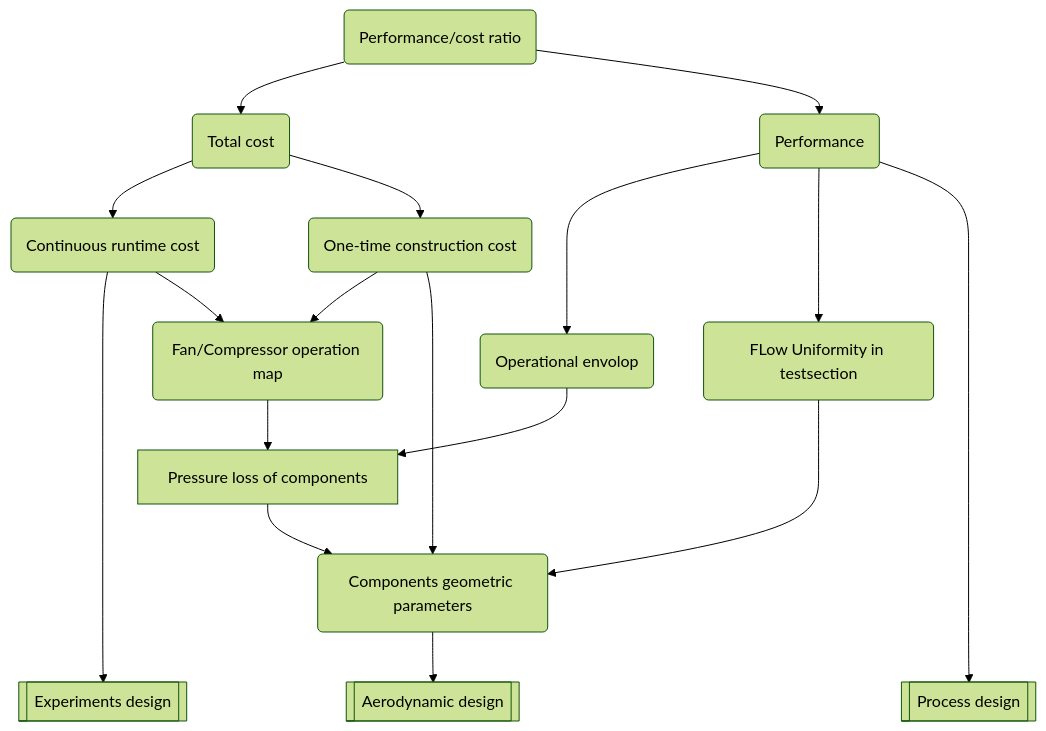
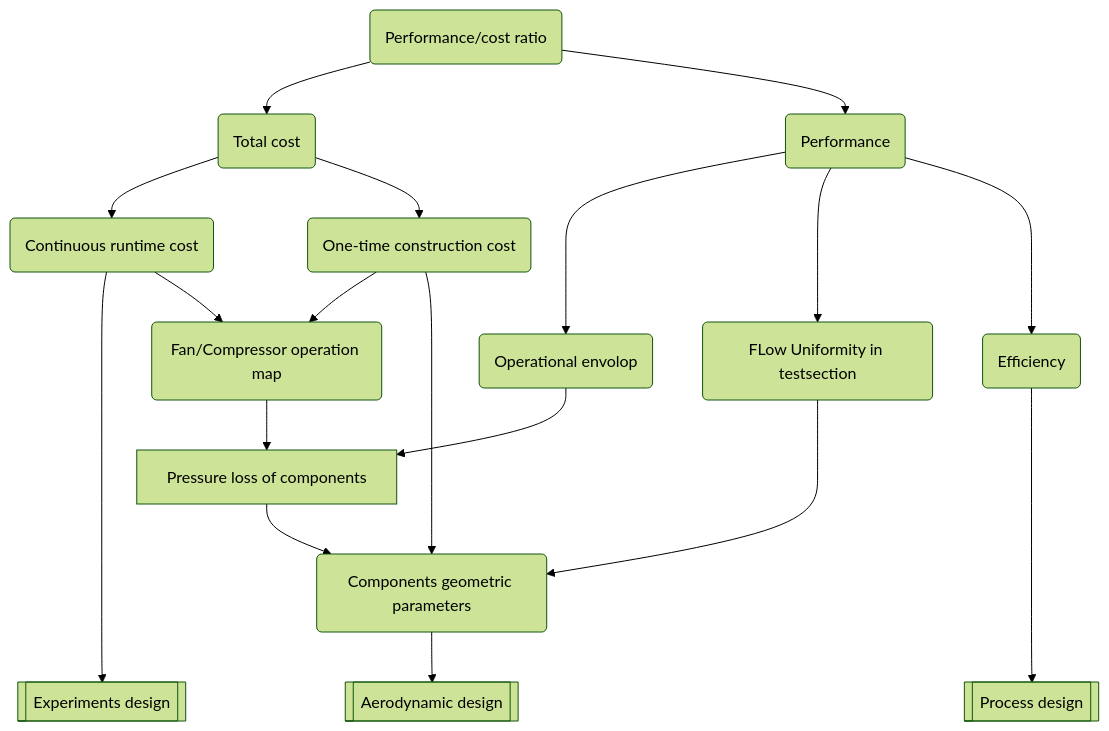
One commit to qchen-fdii-cardc/wtd-dsl changed the first of 2 diagrams in Readme.md. Above: the diagram before and after it, drawn with Mermaid (forest theme). The commit also changed other lines of this file, not shown here.

````diff
--- a/Readme.md
+++ b/Readme.md
@@ -68,14 +68,14 @@
 ```mermaid
 graph TD
 A(Total cost) --> C(Continuous runtime cost) 
 A --> B(One-time construction cost)
 B --> E
 C -----> KK[[Experiments design]]
 C --> E(Fan/Compressor operation map) --> F[Pressure loss of components] --> D
 B ----> D(Components geometric parameters) --> AP[[Aerodynamic design]]
 PI(Performance) ---> PIA(Operational envolop) --> F
 PI --> PIB(FLow Uniformity in testsection) ---> D
-PI ------> ef[[Process design]]
+PI ---> xx(Efficiency)----> ef[[Process design]]
 PC(Performance/cost ratio) --> A
 PC --> PI
 ```
````
